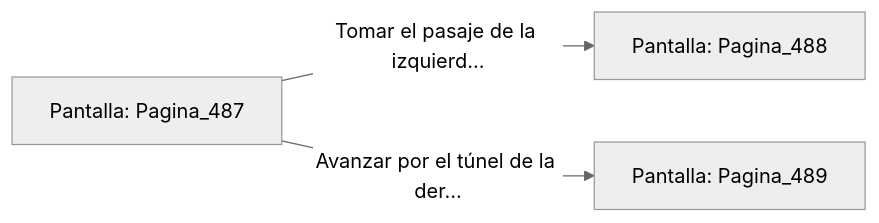
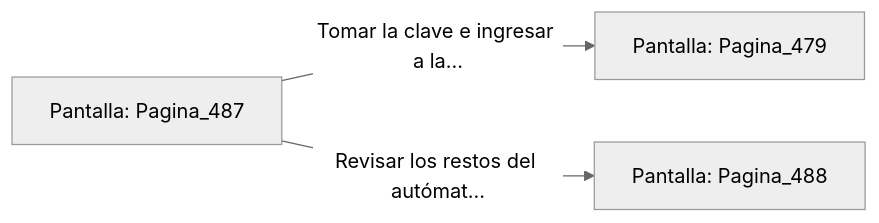
The diagram in sample/eligejuego-vault/Pantalla_Pagina_487.md (metsuke/mpl), drawn with Mermaid (neutral theme) before and after one commit. The commit also changed other lines of this file and 635 other files, not shown here.

First line of the commit message:
fix: añadir Pagina_1 como pantalla inicial en capitulo_01.mpl

````diff
--- a/sample/eligejuego-vault/Pantalla_Pagina_487.md
+++ b/sample/eligejuego-vault/Pantalla_Pagina_487.md
@@ -20,6 +24,6 @@
 ```mermaid
 graph LR
     P_Pagina_487["Pantalla: Pagina_487"]
-    P_Pagina_487 -->|"Tomar el pasaje de la izquierd..."| P_Pagina_488["Pantalla: Pagina_488"]
-    P_Pagina_487 -->|"Avanzar por el túnel de la der..."| P_Pagina_489["Pantalla: Pagina_489"]
+    P_Pagina_487 -->|"Tomar la clave e ingresar a la..."| P_Pagina_479["Pantalla: Pagina_479"]
+    P_Pagina_487 -->|"Revisar los restos del autómat..."| P_Pagina_488["Pantalla: Pagina_488"]
 ```
````
